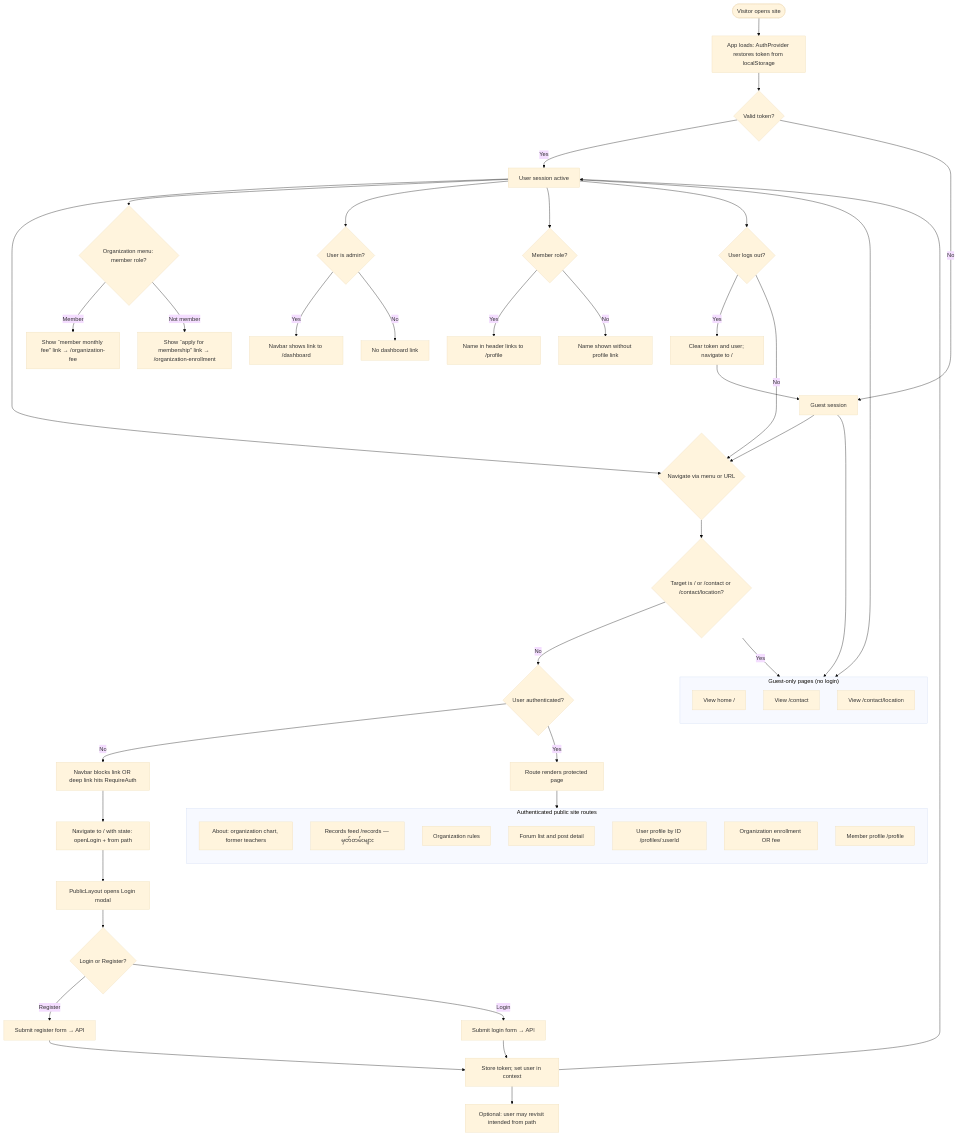
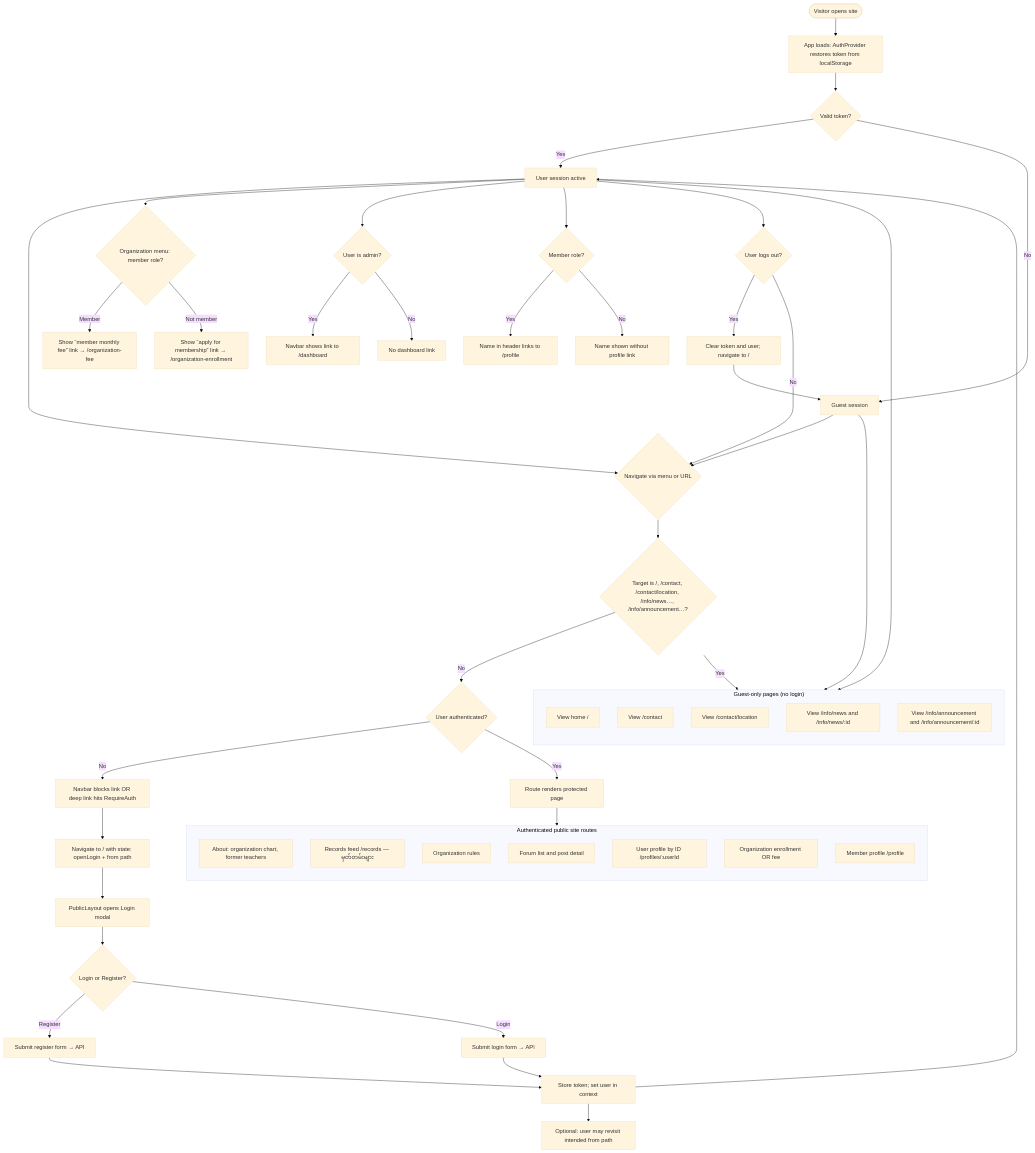
The first of 7 diagrams in documents/ACTIVITY_DIAGRAMS.md (ThawHtooZin/behs3bahanapi), drawn with Mermaid (base theme) before and after one commit. The commit also changed other lines of this file and 10 other files, not shown here.

````diff
--- a/documents/ACTIVITY_DIAGRAMS.md
+++ b/documents/ACTIVITY_DIAGRAMS.md
@@ -11,67 +11,69 @@
 ```mermaid
 flowchart TB
   Start([Visitor opens site]) --> Init[App loads: AuthProvider restores token from localStorage]
   Init --> LoadUser{Valid token?}
   LoadUser -->|Yes| Session[User session active]
   LoadUser -->|No| Guest[Guest session]
 
   subgraph GuestPaths["Guest-only pages (no login)"]
     direction TB
     GHome[View home /]
     GContact[View /contact]
     GMap[View /contact/location]
+    GNews[View /info/news and /info/news/:id]
+    GAnn[View /info/announcement and /info/announcement/:id]
   end
 
   Guest --> GuestPaths
   Session --> GuestPaths
 
   Guest --> NavChoice{Navigate via menu or URL}
   Session --> NavChoice
 
-  NavChoice --> PathCheck{Target is / or /contact or /contact/location?}
+  NavChoice --> PathCheck{Target is /, /contact, /contact/location, /info/news…, /info/announcement…?}
   PathCheck -->|Yes| GuestPaths
 
   PathCheck -->|No| AuthCheck{User authenticated?}
   AuthCheck -->|No| Block[Navbar blocks link OR deep link hits RequireAuth]
   Block --> Redirect[Navigate to / with state: openLogin + from path]
   Redirect --> OpenModal[PublicLayout opens Login modal]
   OpenModal --> Cred{Login or Register?}
   Cred -->|Register| Reg[Submit register form → API]
   Cred -->|Login| Log[Submit login form → API]
   Reg --> Store[Store token; set user in context]
   Log --> Store
   Store --> Session
   Store --> AfterLogin[Optional: user may revisit intended from path]
 
   AuthCheck -->|Yes| Protected[Route renders protected page]
 
   subgraph ProtectedSite["Authenticated public site routes"]
     direction TB
     P1[About: organization chart, former teachers]
     P2[Records feed /records — မှတ်တမ်းများ]
     P3[Organization rules]
     P4[Forum list and post detail]
     P5[User profile by ID /profiles/:userId]
     P6[Organization enrollment OR fee]
     P7[Member profile /profile]
   end
 
   Protected --> ProtectedSite
 
   Session --> RoleBranch{Organization menu: member role?}
   RoleBranch -->|Member| ShowFee[Show “member monthly fee” link → /organization-fee]
   RoleBranch -->|Not member| ShowEnroll[Show “apply for membership” link → /organization-enrollment]
 
   Session --> AdminLink{User is admin?}
   AdminLink -->|Yes| DashLink[Navbar shows link to /dashboard]
   AdminLink -->|No| NoDash[No dashboard link]
 
   Session --> MemberName{Member role?}
   MemberName -->|Yes| NameToProfile[Name in header links to /profile]
   MemberName -->|No| NamePlain[Name shown without profile link]
 
   Session --> LogoutChoice{User logs out?}
   LogoutChoice -->|Yes| Clear[Clear token and user; navigate to /]
   Clear --> Guest
   LogoutChoice -->|No| NavChoice
 ```
````
